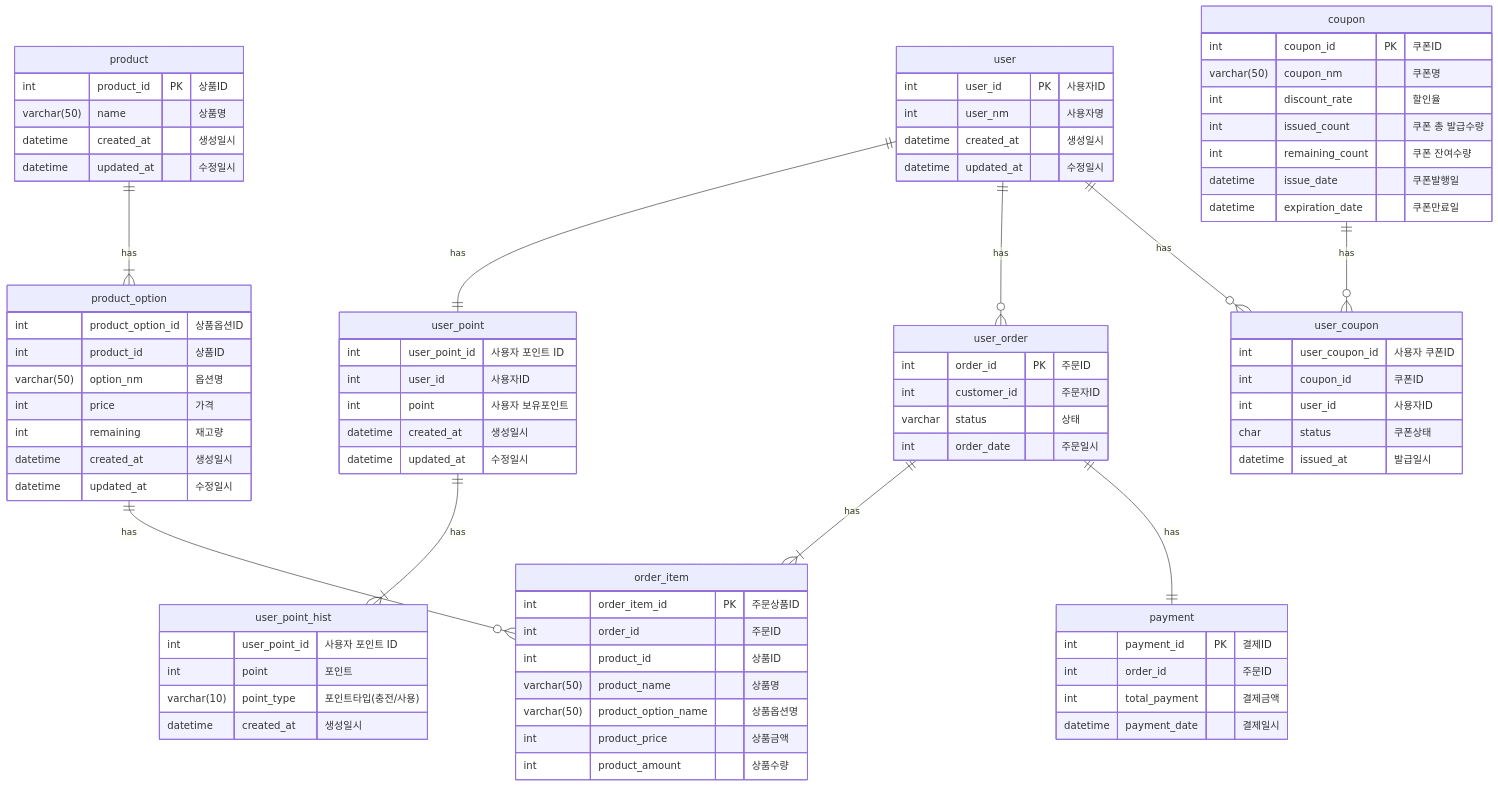
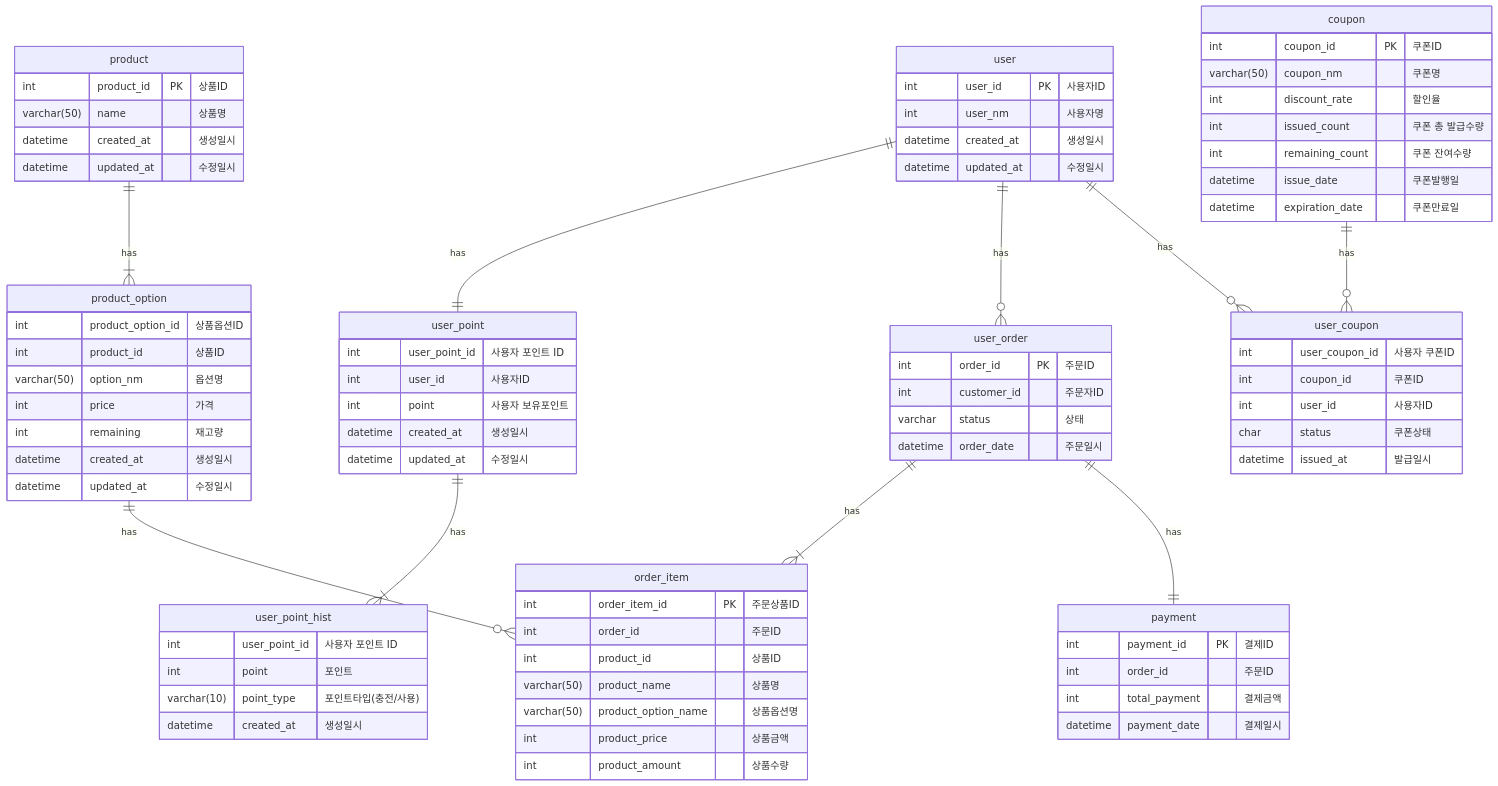
One commit to OO-b/E-commerce-system changed the diagram in docs/erd/Erd.md. Above: the diagram before and after it, drawn with Mermaid.

Commit message:
#15 ERD 변경(user_order order_date 데이터타입 변경)

```diff
--- a/docs/erd/Erd.md
+++ b/docs/erd/Erd.md
@@ -46,7 +46,7 @@
         int order_id PK "주문ID"
         int customer_id "주문자ID"
         varchar status "상태"
-        int order_date "주문일시"
+        datetime order_date "주문일시"
     }
     
     order_item {
```
